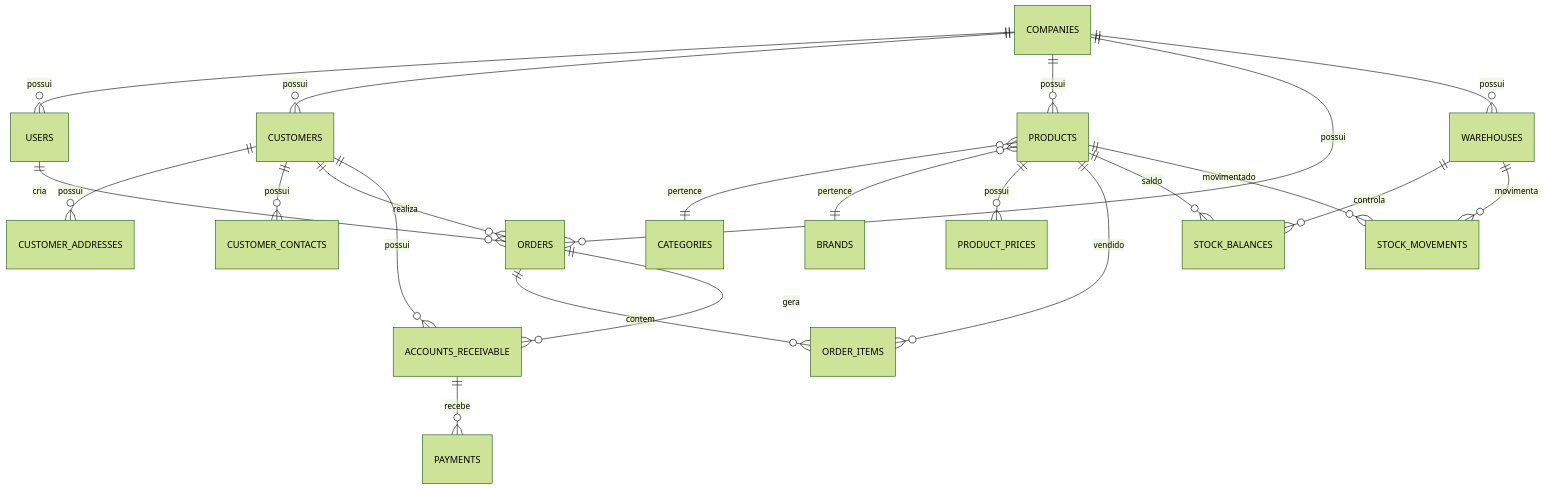
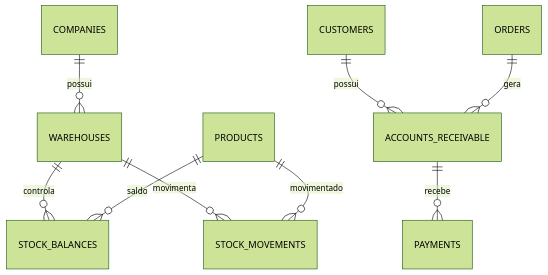
One commit to danielkzero/orderbox changed the third of 3 diagrams in docs/03-modelagem/er-diagram.md. Above: the diagram before and after it, drawn with Mermaid (forest theme). The commit also changed other lines of this file, not shown here.

Commit message:
docs: simplificar diagramas para escopo de força de vendas

````diff
--- a/docs/03-modelagem/er-diagram.md
+++ b/docs/03-modelagem/er-diagram.md
@@ -87,45 +63,19 @@
 ```mermaid
 erDiagram
-
-    COMPANIES ||--o{ USERS : possui
-
-    COMPANIES ||--o{ CUSTOMERS : possui
-
-    CUSTOMERS ||--o{ CUSTOMER_ADDRESSES : possui
-
-    CUSTOMERS ||--o{ CUSTOMER_CONTACTS : possui
-
-    COMPANIES ||--o{ PRODUCTS : possui
-
-    PRODUCTS }o--|| CATEGORIES : pertence
-
-    PRODUCTS }o--|| BRANDS : pertence
-
-    PRODUCTS ||--o{ PRODUCT_PRICES : possui
-
-    COMPANIES ||--o{ ORDERS : possui
-
-    CUSTOMERS ||--o{ ORDERS : realiza
-
-    USERS ||--o{ ORDERS : cria
-
-    ORDERS ||--o{ ORDER_ITEMS : contem
-
-    PRODUCTS ||--o{ ORDER_ITEMS : vendido
 
     COMPANIES ||--o{ WAREHOUSES : possui
 
     WAREHOUSES ||--o{ STOCK_BALANCES : controla
 
     PRODUCTS ||--o{ STOCK_BALANCES : saldo
 
     WAREHOUSES ||--o{ STOCK_MOVEMENTS : movimenta
 
     PRODUCTS ||--o{ STOCK_MOVEMENTS : movimentado
 
     CUSTOMERS ||--o{ ACCOUNTS_RECEIVABLE : possui
 
     ORDERS ||--o{ ACCOUNTS_RECEIVABLE : gera
 
     ACCOUNTS_RECEIVABLE ||--o{ PAYMENTS : recebe
 ```
````
